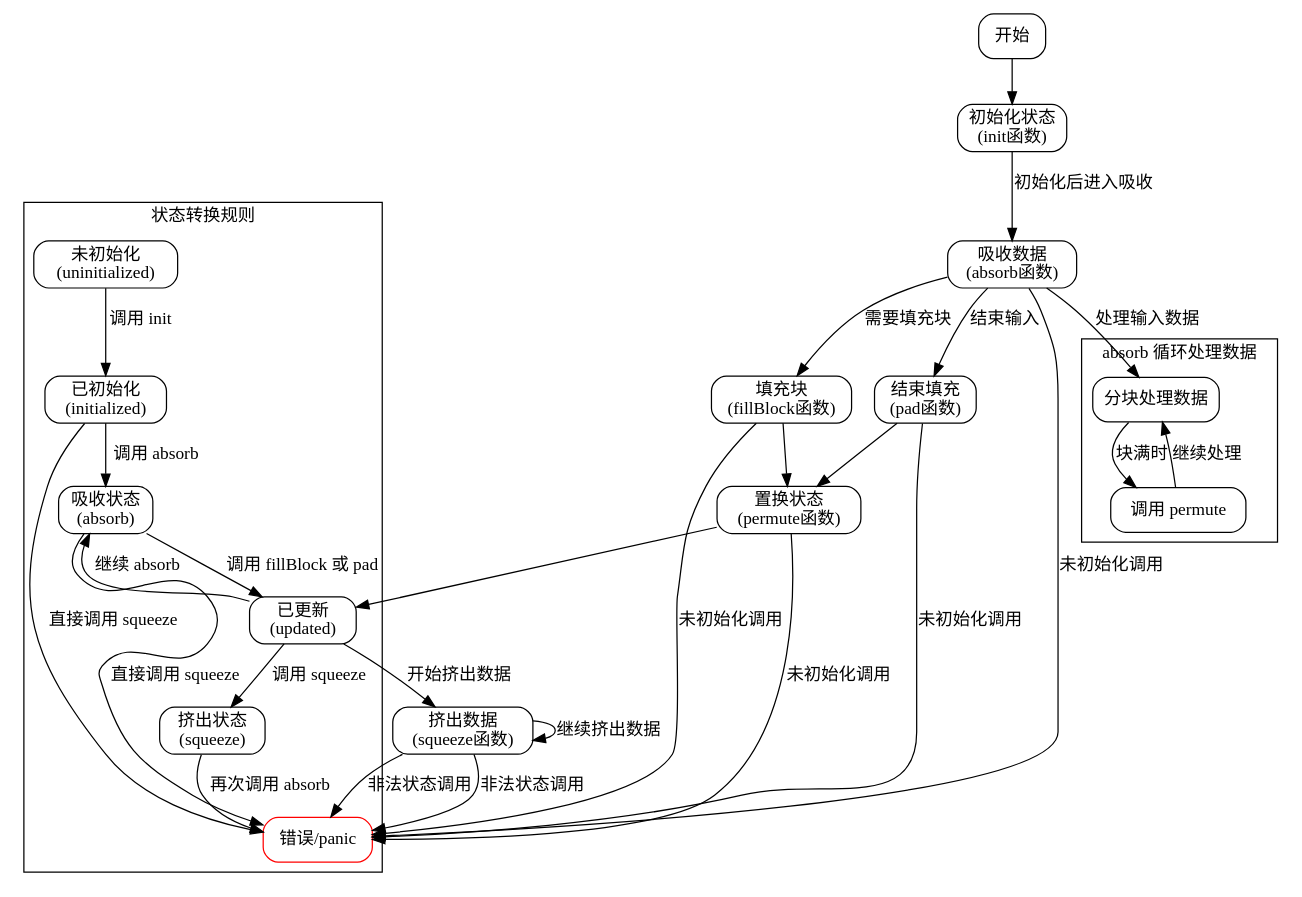
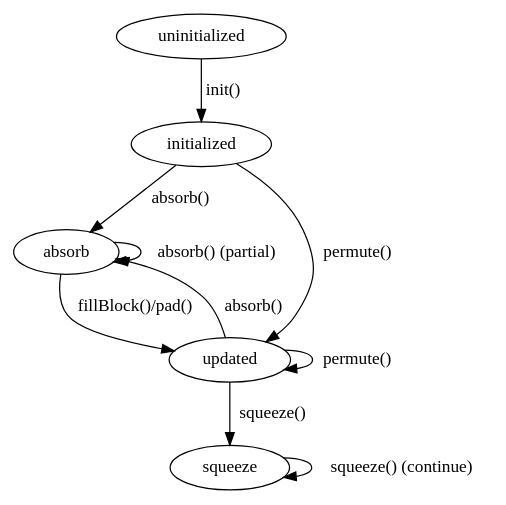
Before and after one commit to sdzx-1/deepseek-zig-reader: the diagram in dot_std/crypto/keccak_p.zig.State.md, drawn with Graphviz. The commit also changed other lines of this file and 236 other files, not shown here.

````diff
--- a/dot_std/crypto/keccak_p.zig.State.md
+++ b/dot_std/crypto/keccak_p.zig.State.md
@@ -32,63 +191,20 @@
-```dot
+```graphviz
 digraph {
-    node [shape=rectangle, style=rounded];
+    node [shape=ellipse];
+    uninitialized [label="uninitialized"];
+    initialized [label="initialized"];
+    absorb [label="absorb"];
+    updated [label="updated"];
+    squeeze [label="squeeze"];
 
-    // 主状态和函数节点
-    start [label="开始"];
-    init [label="初始化状态\n(init函数)"];
-    absorb [label="吸收数据\n(absorb函数)"];
-    permute [label="置换状态\n(permute函数)"];
-    fillBlock [label="填充块\n(fillBlock函数)"];
-    pad [label="结束填充\n(pad函数)"];
-    squeeze [label="挤出数据\n(squeeze函数)"];
-    error [label="错误/panic", color=red];
-
-    // 状态转换逻辑
-    subgraph cluster_transitions {
-        label="状态转换规则";
-        uninitialized [label="未初始化\n(uninitialized)"];
-        initialized [label="已初始化\n(initialized)"];
-        updated [label="已更新\n(updated)"];
-        absorb_state [label="吸收状态\n(absorb)"];
-        squeeze_state [label="挤出状态\n(squeeze)"];
-
-        uninitialized -> initialized [label="调用 init"];
-        initialized -> absorb_state [label="调用 absorb"];
-        absorb_state -> updated [label="调用 fillBlock 或 pad"];
-        initialized -> error [label="直接调用 squeeze"];
-        absorb_state -> error [label="直接调用 squeeze"];
-        updated -> absorb_state [label="继续 absorb"];
-        updated -> squeeze_state [label="调用 squeeze"];
-        squeeze_state -> error [label="再次调用 absorb"];
-    }
-
-    // 主函数调用流程
-    start -> init;
-    init -> absorb [label="初始化后进入吸收"];
-    absorb -> fillBlock [label="需要填充块"];
-    absorb -> pad [label="结束输入"];
-    fillBlock -> permute;
-    pad -> permute;
-    permute -> updated;
-    updated -> squeeze [label="开始挤出数据"];
-    squeeze -> squeeze [label="继续挤出数据"];
-    squeeze -> error [label="非法状态调用"];
-    
-    // 错误路径
-    absorb -> error [label="未初始化调用"];
-    permute -> error [label="未初始化调用"];
-    fillBlock -> error [label="未初始化调用"];
-    pad -> error [label="未初始化调用"];
-    squeeze -> error [label="非法状态调用"];
-    
-    // 循环逻辑
-    subgraph cluster_absorb_loop {
-        label="absorb 循环处理数据";
-        absorb_split [label="分块处理数据"];
-        absorb_permute [label="调用 permute"];
-        absorb_split -> absorb_permute [label="块满时"];
-        absorb_permute -> absorb_split [label="继续处理"];
-    }
-    absorb -> absorb_split [label="处理输入数据"];
+    uninitialized -> initialized [label="init()"];
+    initialized -> absorb [label="absorb()"];
+    initialized -> updated [label="permute()"];
+    absorb -> absorb [label="absorb() (partial)"];
+    absorb -> updated [label="fillBlock()/pad()"];
+    updated -> absorb [label="absorb()"];
+    updated -> updated [label="permute()"];
+    updated -> squeeze [label="squeeze()"];
+    squeeze -> squeeze [label="squeeze() (continue)"];
 }
-``` 
+```
````
